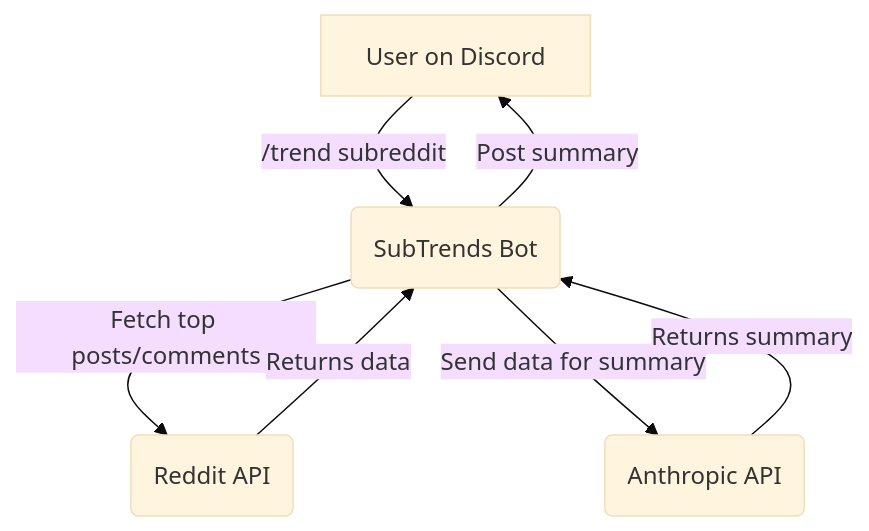
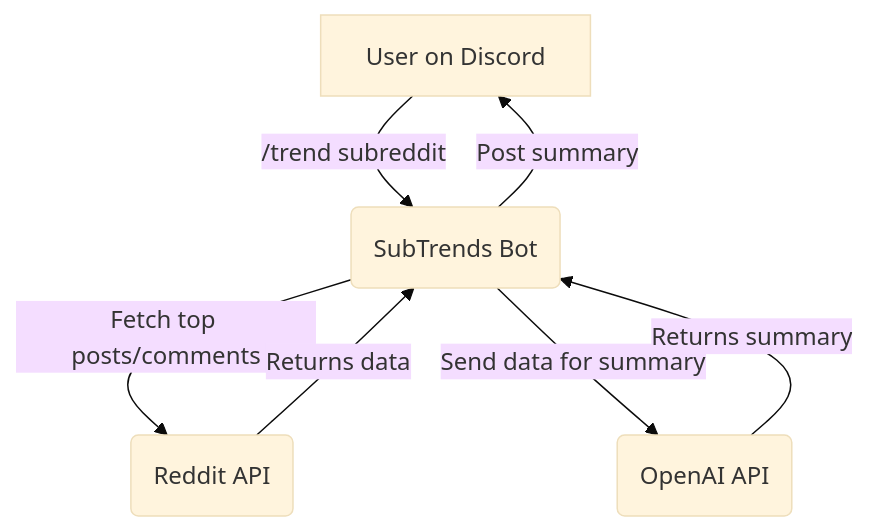
One commit to shuienko/subtrends changed the diagram in README.md. Above: the diagram before and after it, drawn with Mermaid (base theme). The commit also changed other lines of this file, not shown here.

````diff
--- a/README.md
+++ b/README.md
@@ -27,9 +26,9 @@
 ```mermaid
 graph TD
-    A[User on Discord] -- /trend subreddit --> B(SubTrends Bot);
-    B -- Fetch top posts/comments --> C(Reddit API);
-    C -- Returns data --> B;
-    B -- Send data for summary --> D(Anthropic API);
-    D -- Returns summary --> B;
-    B -- Post summary --> A;
+    A[User on Discord] -- /trend subreddit --> B(SubTrends Bot)
+    B -- Fetch top posts/comments --> C(Reddit API)
+    C -- Returns data --> B
+    B -- Send data for summary --> D(OpenAI API)
+    D -- Returns summary --> B
+    B -- Post summary --> A
 ```
````
